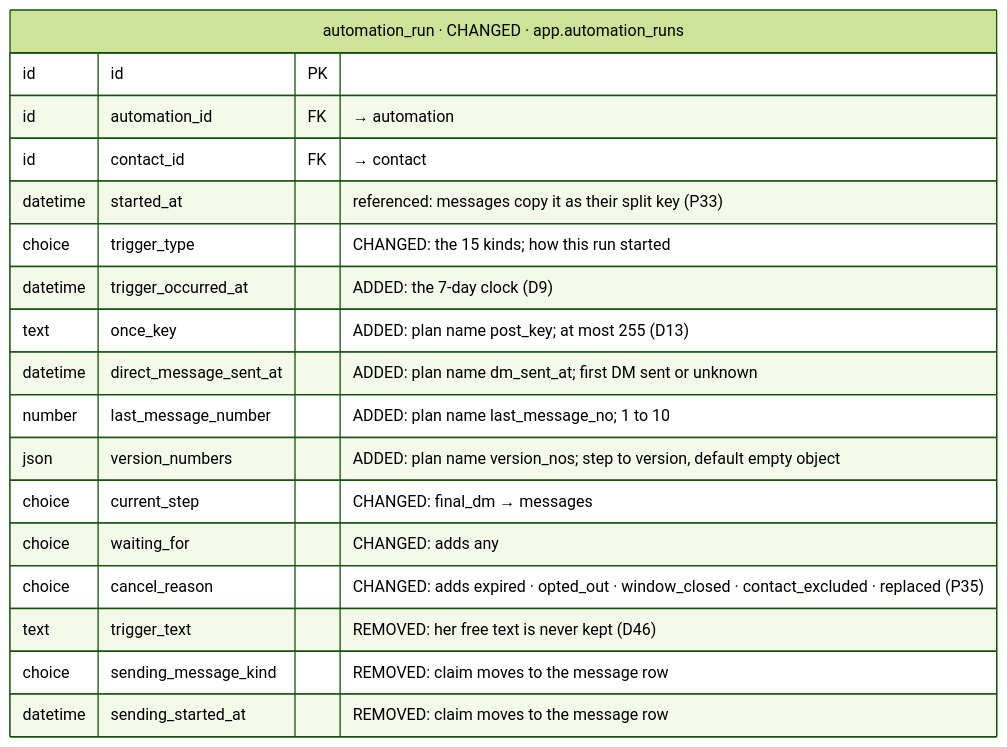
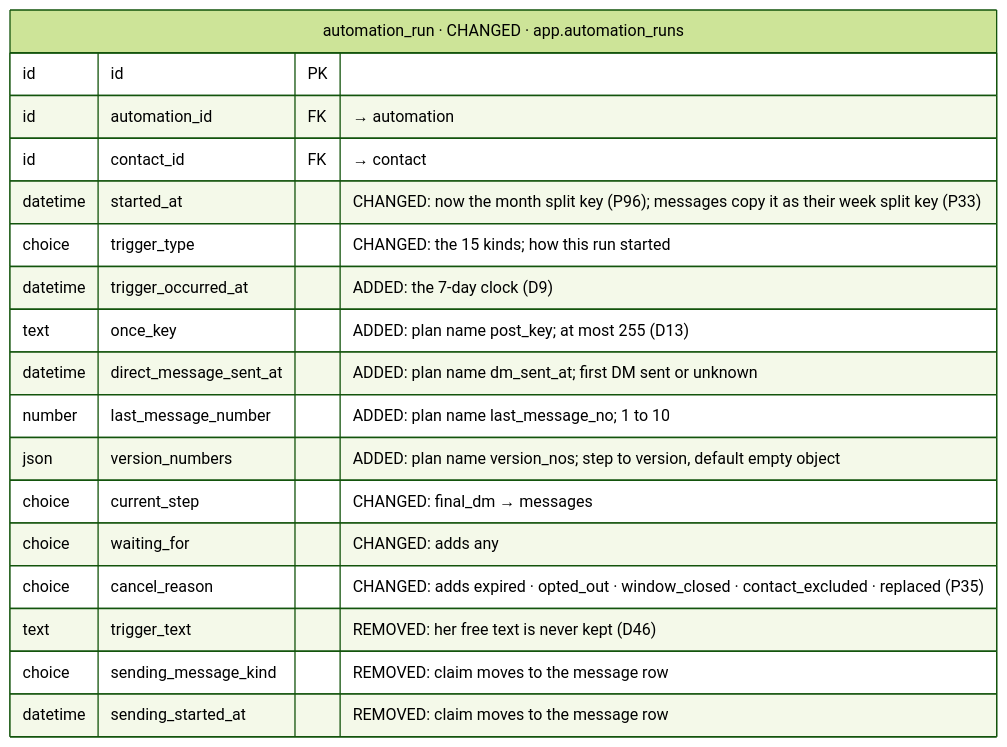
Diagram 15 of 39 in iterations/feat-instagram-dm-sending-2026-11-23-oxak/plans/db-changes.md (albetrios/meepzo-be), drawn with Mermaid (forest theme) before and after one commit. The commit also changed other lines of this file and 3 other files, not shown here.

````diff
--- a/iterations/feat-instagram-dm-sending-2026-11-23-oxak/plans/db-changes.md
+++ b/iterations/feat-instagram-dm-sending-2026-11-23-oxak/plans/db-changes.md
@@ -934,21 +1001,21 @@
 ```mermaid
 erDiagram
   automation_run["automation_run · CHANGED · app.automation_runs"] {
     id id PK
     id automation_id FK "→ automation"
     id contact_id FK "→ contact"
-    datetime started_at "referenced: messages copy it as their split key (P33)"
+    datetime started_at "CHANGED: now the month split key (P96); messages copy it as their week split key (P33)"
     choice trigger_type "CHANGED: the 15 kinds; how this run started"
     datetime trigger_occurred_at "ADDED: the 7-day clock (D9)"
     text once_key "ADDED: plan name post_key; at most 255 (D13)"
     datetime direct_message_sent_at "ADDED: plan name dm_sent_at; first DM sent or unknown"
     number last_message_number "ADDED: plan name last_message_no; 1 to 10"
     json version_numbers "ADDED: plan name version_nos; step to version, default empty object"
     choice current_step "CHANGED: final_dm → messages"
     choice waiting_for "CHANGED: adds any"
     choice cancel_reason "CHANGED: adds expired · opted_out · window_closed · contact_excluded · replaced (P35)"
     text trigger_text "REMOVED: her free text is never kept (D46)"
     choice sending_message_kind "REMOVED: claim moves to the message row"
     datetime sending_started_at "REMOVED: claim moves to the message row"
   }
 ```
````
